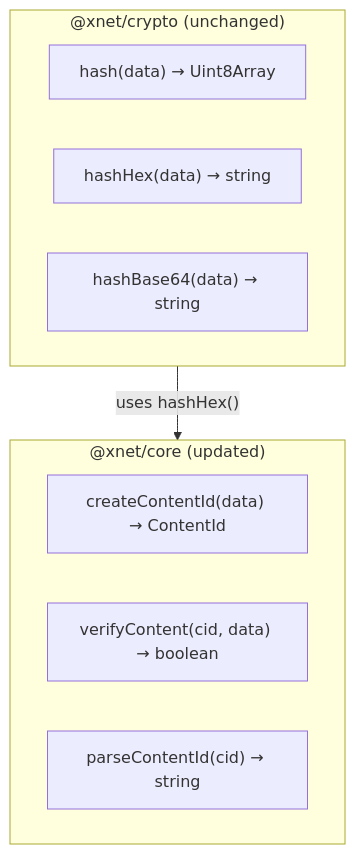
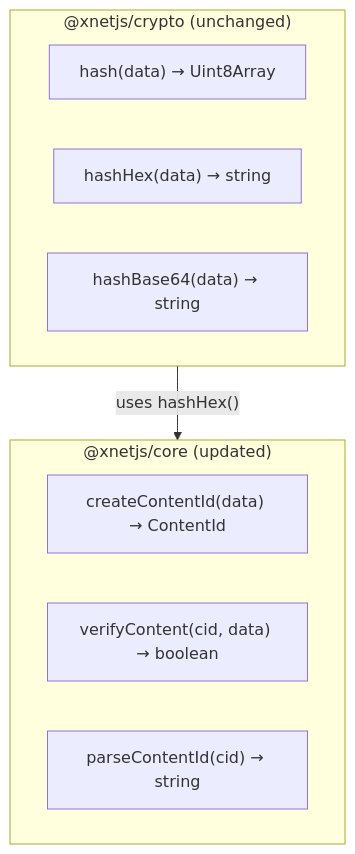
One commit to crs48/xNet changed the second of 3 diagrams in docs/plans/plan02_1DataModelConsolidation/04-hash-function-consolidation.md. Above: the diagram before and after it, drawn with Mermaid. The commit also changed other lines of this file and 980 other files, not shown here.

````diff
--- a/docs/plans/plan02_1DataModelConsolidation/04-hash-function-consolidation.md
+++ b/docs/plans/plan02_1DataModelConsolidation/04-hash-function-consolidation.md
@@ -52,16 +52,16 @@
 ```mermaid
 flowchart TD
-    subgraph crypto["@xnet/crypto (unchanged)"]
+    subgraph crypto["@xnetjs/crypto (unchanged)"]
         C1["hash(data) → Uint8Array"]
         C2["hashHex(data) → string"]
         C3["hashBase64(data) → string"]
     end
 
-    subgraph core["@xnet/core (updated)"]
+    subgraph core["@xnetjs/core (updated)"]
         K1["createContentId(data) → ContentId"]
         K2["verifyContent(cid, data) → boolean"]
         K3["parseContentId(cid) → string"]
     end
 
     crypto -->|"uses hashHex()"| core
 ```
````
